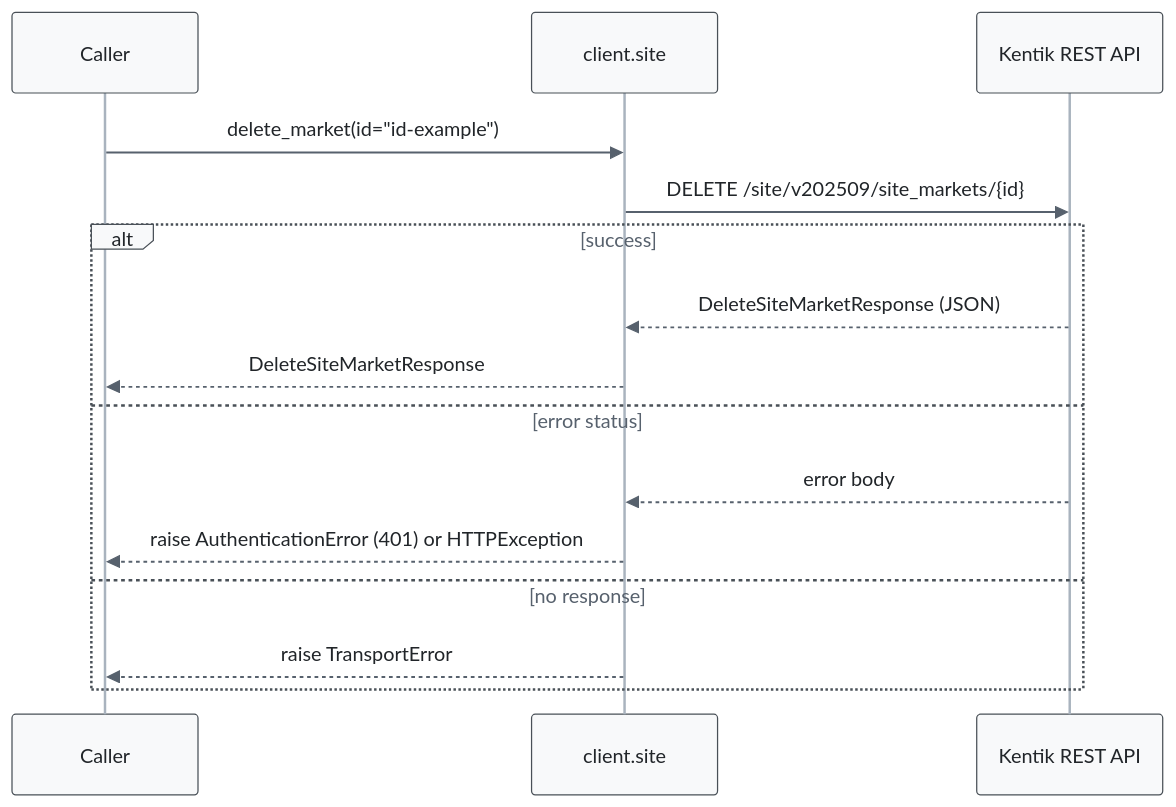
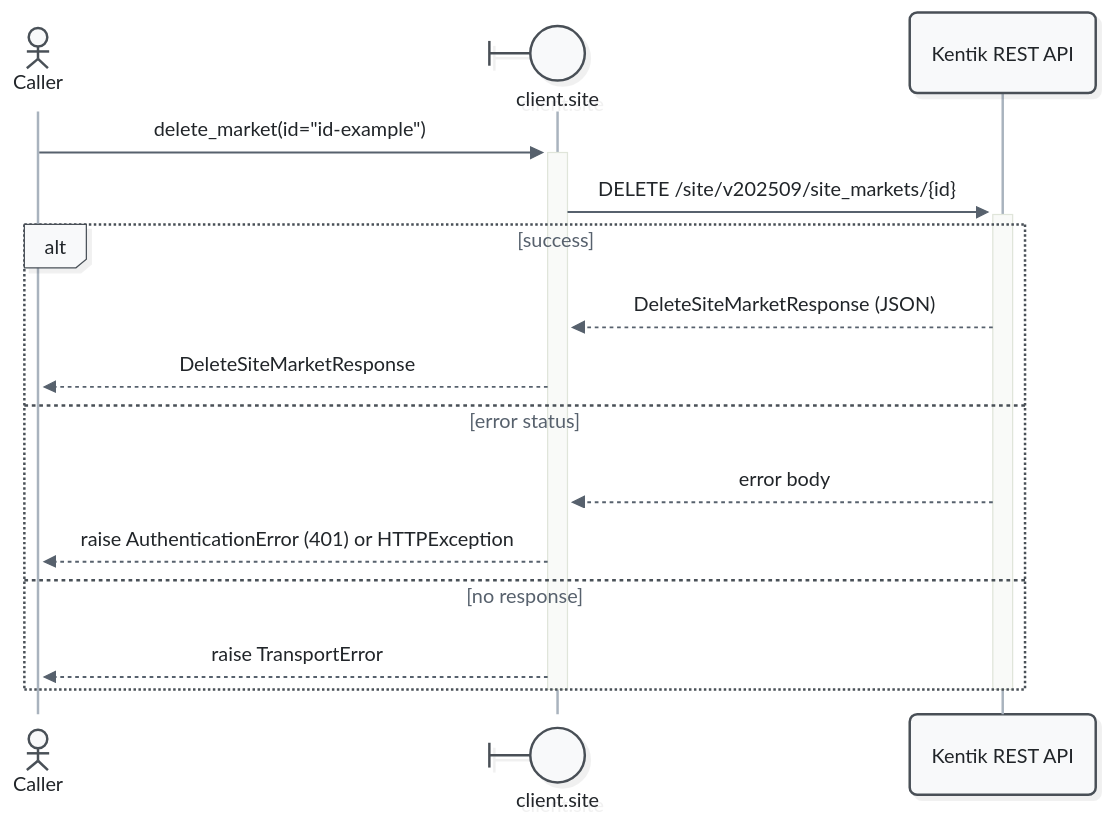
Before and after one commit to alexdearaujo/community_sdk_python: the ninth of 21 diagrams in docs/sphinx/services/site.md, drawn with Mermaid. The commit also changed other lines of this file and 52 other files, not shown here.

First line of the commit message:
docs: Mermaid 12 sequence diagrams with participant types and path colors

````diff
--- a/docs/sphinx/services/site.md
+++ b/docs/sphinx/services/site.md
@@ -341,19 +361,21 @@
 ```mermaid
-%%{init: {"theme": "base", "fontFamily": "ui-monospace, SFMono-Regular, Menlo, monospace", "themeVariables": {"fontFamily": "ui-monospace, SFMono-Regular, Menlo, monospace", "primaryColor": "#f8f9fa", "primaryBorderColor": "#495057", "primaryTextColor": "#212529", "textColor": "#212529", "lineColor": "#77818c", "edgeLabelBackground": "#ffffff", "actorBkg": "#f8f9fa", "actorBorder": "#495057", "actorTextColor": "#212529", "actorLineColor": "#a9b3be", "signalColor": "#57616d", "signalTextColor": "#212529", "labelBoxBkgColor": "#f8f9fa", "labelBoxBorderColor": "#495057", "labelTextColor": "#212529", "loopTextColor": "#57616d", "noteBkgColor": "#fff9db", "noteBorderColor": "#f08c00", "noteTextColor": "#a35a00"}, "flowchart": {"curve": "step", "nodeSpacing": 30, "rankSpacing": 70, "wrappingWidth": 400}}}%%
+%%{init: {"theme": "redux", "look": "neo", "layout": "dagre", "fontFamily": "ui-monospace, SFMono-Regular, Menlo, monospace", "themeVariables": {"fontFamily": "ui-monospace, SFMono-Regular, Menlo, monospace", "primaryColor": "#f8f9fa", "primaryBorderColor": "#495057", "primaryTextColor": "#212529", "textColor": "#212529", "lineColor": "#77818c", "edgeLabelBackground": "#ffffff", "actorBkg": "#f8f9fa", "actorBorder": "#495057", "actorTextColor": "#212529", "actorLineColor": "#a9b3be", "signalColor": "#57616d", "signalTextColor": "#212529", "labelBoxBkgColor": "#f8f9fa", "labelBoxBorderColor": "#495057", "labelTextColor": "#212529", "loopTextColor": "#57616d", "noteBkgColor": "#fff9db", "noteBorderColor": "#f08c00", "noteTextColor": "#a35a00"}, "sequence": {"activationWidth": 16}, "flowchart": {"curve": "step", "nodeSpacing": 30, "rankSpacing": 70, "wrappingWidth": 400}}}%%
 sequenceDiagram
-    participant C as Caller
-    participant W as client.site
+    actor C as Caller
+    participant W@{ "type": "boundary" } as client.site
     participant API as Kentik REST API
 
-    C->>W: delete_market(id="id-example")
-    W->>API: DELETE /site/v202509/site_markets/{id}
+    C->>+W: delete_market(id="id-example")
+    W->>+API: DELETE /site/v202509/site_markets/{id}
     alt success
         API-->>W: DeleteSiteMarketResponse (JSON)
         W-->>C: DeleteSiteMarketResponse
     else error status
         API-->>W: error body
         W-->>C: raise AuthenticationError (401) or HTTPException
     else no response
         W-->>C: raise TransportError
     end
+    deactivate API
+    deactivate W
 ```
````
